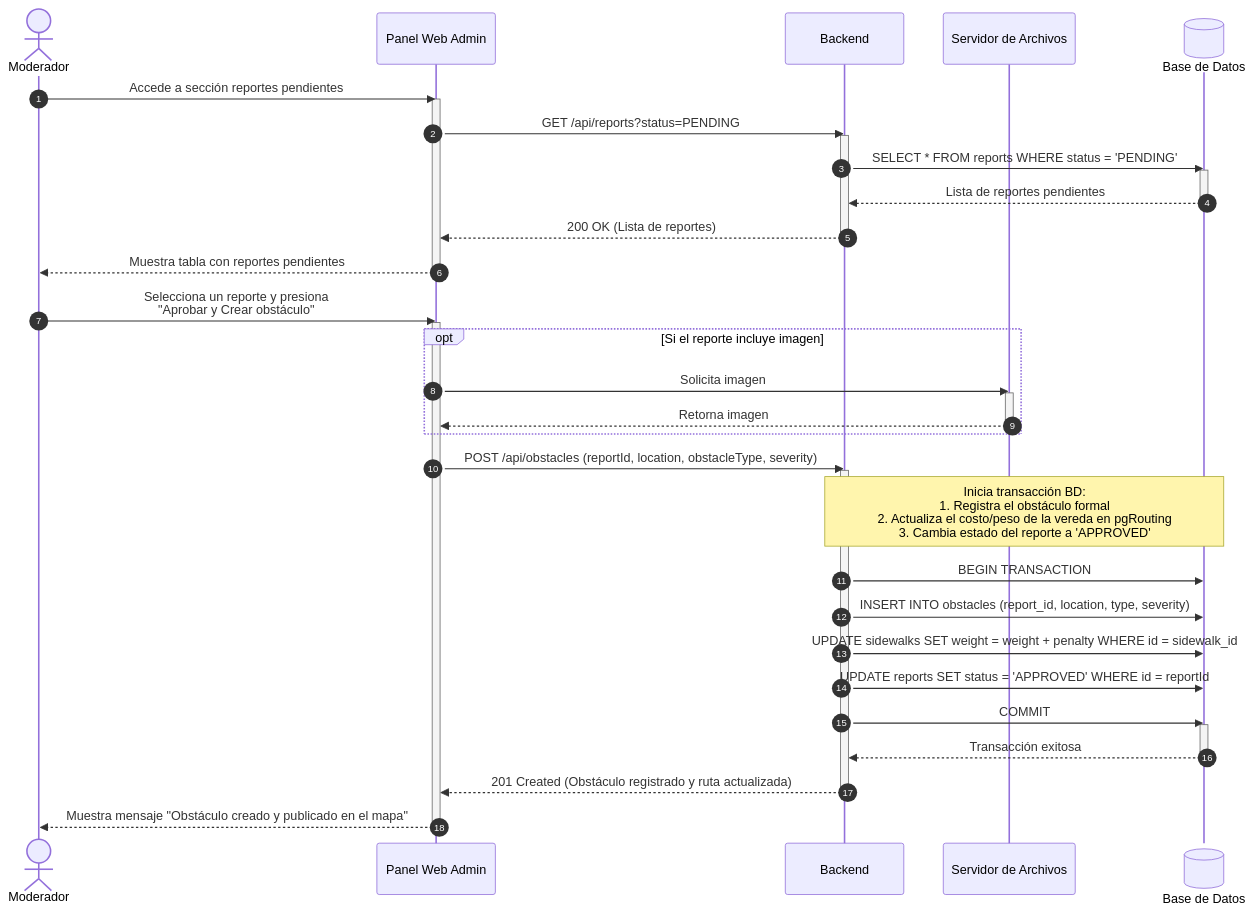
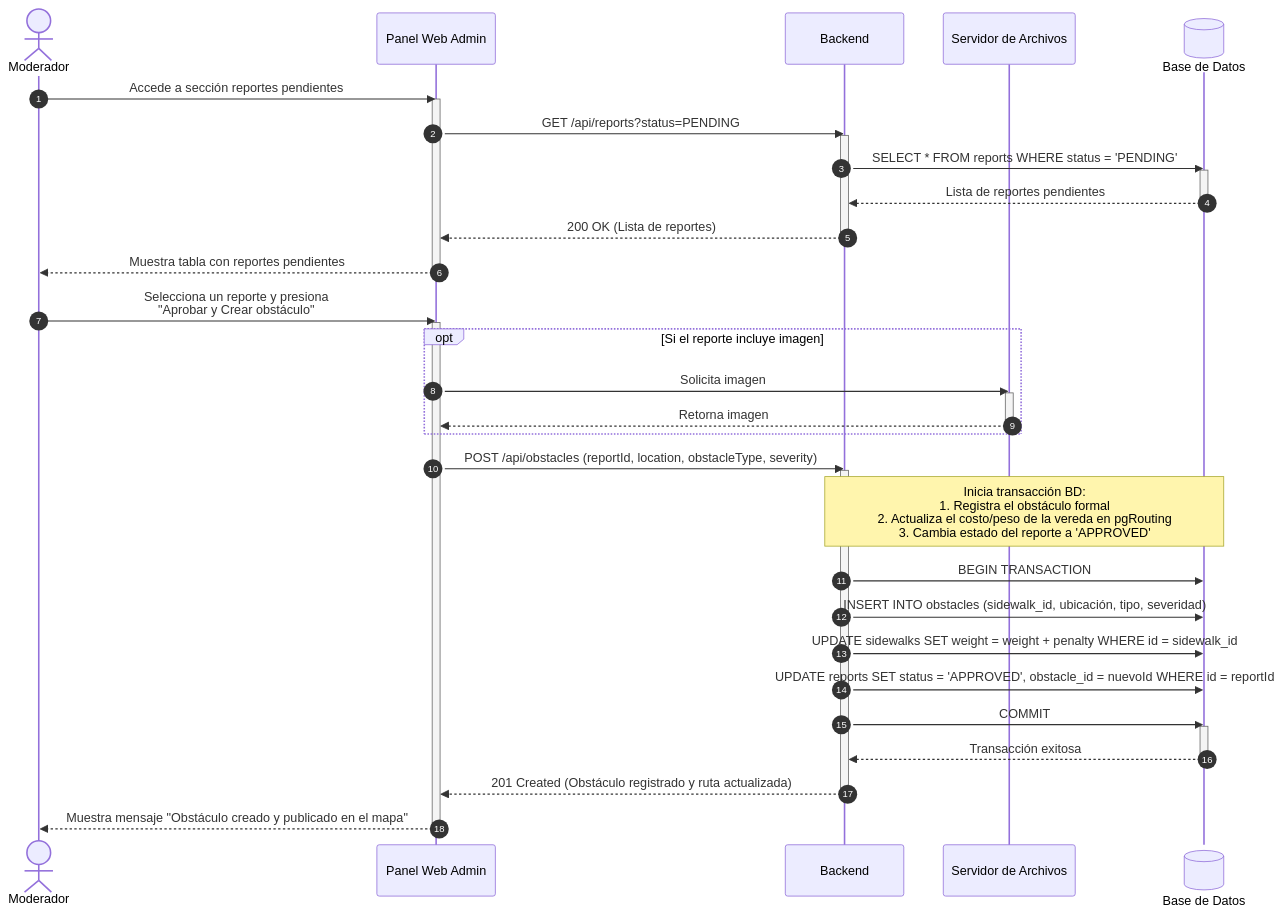
The diagram in docs/diagrams/03-seq-C012.mmd (BLP-Technologies/rodando-x-mza), drawn with Mermaid before and after one commit. The commit also changed 9 other files, not shown here.

```diff
--- a/docs/diagrams/03-seq-C012.mmd
+++ b/docs/diagrams/03-seq-C012.mmd
@@ -1,61 +1,61 @@
 sequenceDiagram
     autonumber
 
     actor M as Moderador
     participant UI as Panel Web Admin
     participant B as Backend
     participant ST as Servidor de Archivos
     participant DB@{"type": "database"} as Base de Datos
 
     %% Fase 1: Consultar reportes
     M ->> UI: Accede a sección reportes pendientes
 
     activate UI
     UI ->> B: GET /api/reports?status=PENDING
 
     activate B
     B ->> DB: SELECT * FROM reports WHERE status = 'PENDING'
 
     activate DB
     DB -->> B: Lista de reportes pendientes
     deactivate DB
 
     B -->> UI: 200 OK (Lista de reportes)
     deactivate B
 
     UI -->> M: Muestra tabla con reportes pendientes
     deactivate UI
 
     %% Fase 2: Creación del obstáculo
     M ->> UI: Selecciona un reporte y presiona<br/>"Aprobar y Crear obstáculo"
 
     activate UI
 
     opt Si el reporte incluye imagen
         UI ->> ST: Solicita imagen
         activate ST
         ST -->> UI: Retorna imagen
         deactivate ST
     end
 
     UI ->> B: POST /api/obstacles (reportId, location, obstacleType, severity)
 
     activate B
 
     Note over B,DB: Inicia transacción BD:<br/>1. Registra el obstáculo formal<br/>2. Actualiza el costo/peso de la vereda en pgRouting<br/>3. Cambia estado del reporte a 'APPROVED'
 
     B ->> DB: BEGIN TRANSACTION
-    B ->> DB: INSERT INTO obstacles (report_id, location, type, severity)
+    B ->> DB: INSERT INTO obstacles (sidewalk_id, ubicación, tipo, severidad)
     B ->> DB: UPDATE sidewalks SET weight = weight + penalty WHERE id = sidewalk_id
-    B ->> DB: UPDATE reports SET status = 'APPROVED' WHERE id = reportId
+    B ->> DB: UPDATE reports SET status = 'APPROVED', obstacle_id = nuevoId WHERE id = reportId
     B ->> DB: COMMIT
 
     activate DB
     DB -->> B: Transacción exitosa
     deactivate DB
 
     B -->> UI: 201 Created (Obstáculo registrado y ruta actualizada)
     deactivate B
 
     UI -->> M: Muestra mensaje "Obstáculo creado y publicado en el mapa"
     deactivate UI
```
